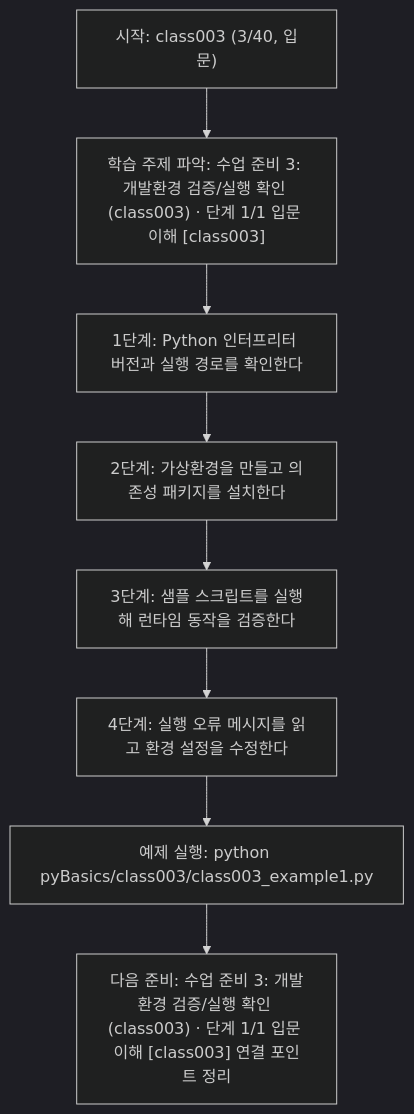
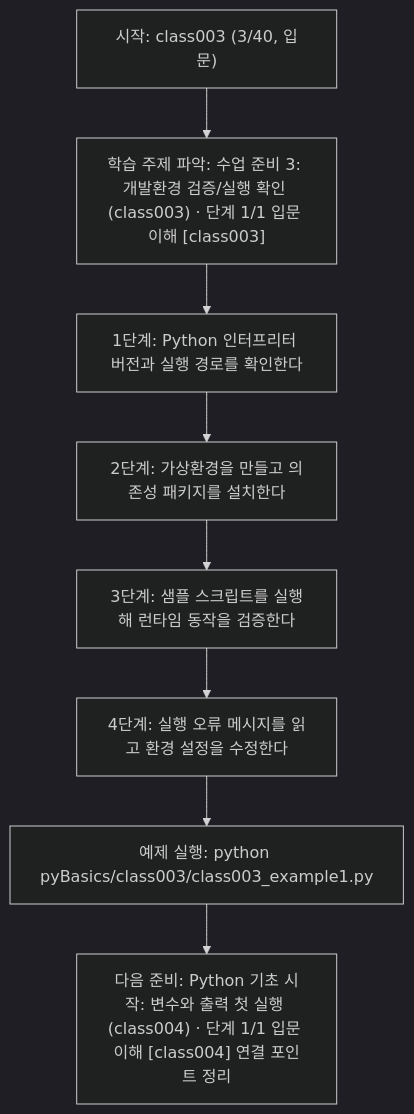
The diagram in pyBasics/class003/class003.md (edumgt/Python-AI_Agent-Class), drawn with Mermaid (dark theme) before and after one commit. The commit also changed other lines of this file and 2370 other files, not shown here.

````diff
--- a/pyBasics/class003/class003.md
+++ b/pyBasics/class003/class003.md
@@ -110,18 +91,18 @@
 ```mermaid
 flowchart TD
 N1["시작: class003 (3/40, 입문)"]
 N2["학습 주제 파악: 수업 준비 3: 개발환경 검증/실행 확인 (class003) · 단계 1/1 입문 이해 [class003]"]
 N3["1단계: Python 인터프리터 버전과 실행 경로를 확인한다"]
 N4["2단계: 가상환경을 만들고 의존성 패키지를 설치한다"]
 N5["3단계: 샘플 스크립트를 실행해 런타임 동작을 검증한다"]
 N6["4단계: 실행 오류 메시지를 읽고 환경 설정을 수정한다"]
 N7["예제 실행: python pyBasics/class003/class003_example1.py"]
-N8["다음 준비: 수업 준비 3: 개발환경 검증/실행 확인 (class003) · 단계 1/1 입문 이해 [class003] 연결 포인트 정리"]
+N8["다음 준비: Python 기초 시작: 변수와 출력 첫 실행 (class004) · 단계 1/1 입문 이해 [class004] 연결 포인트 정리"]
 N1 --> N2
 N2 --> N3
 N3 --> N4
 N4 --> N5
 N5 --> N6
 N6 --> N7
 N7 --> N8
 ```
````
